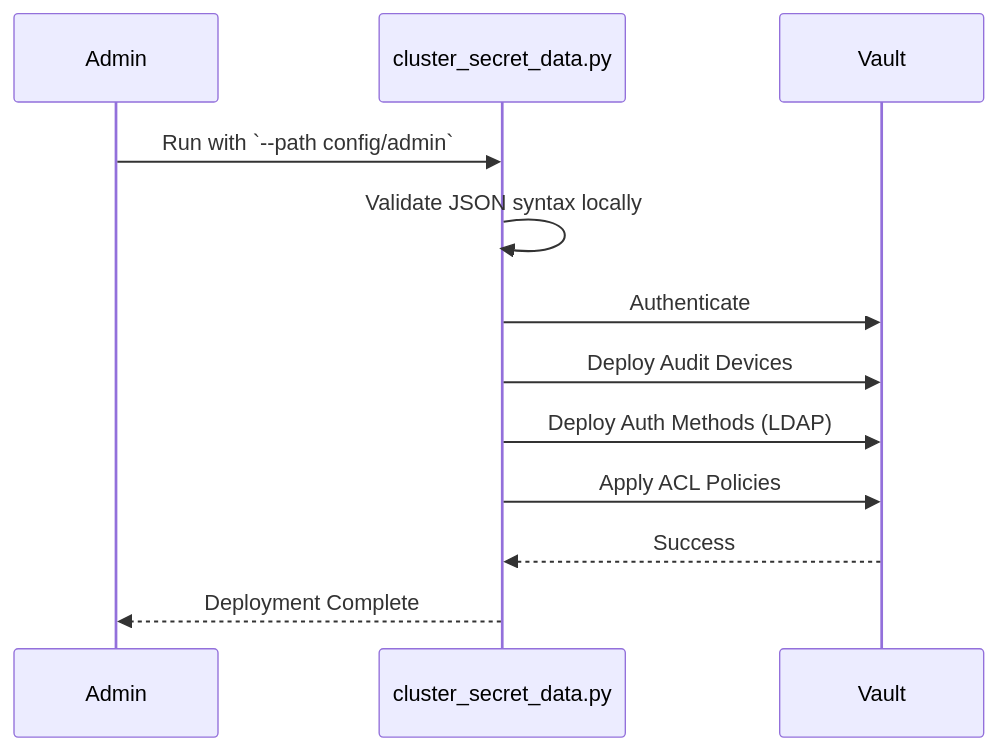
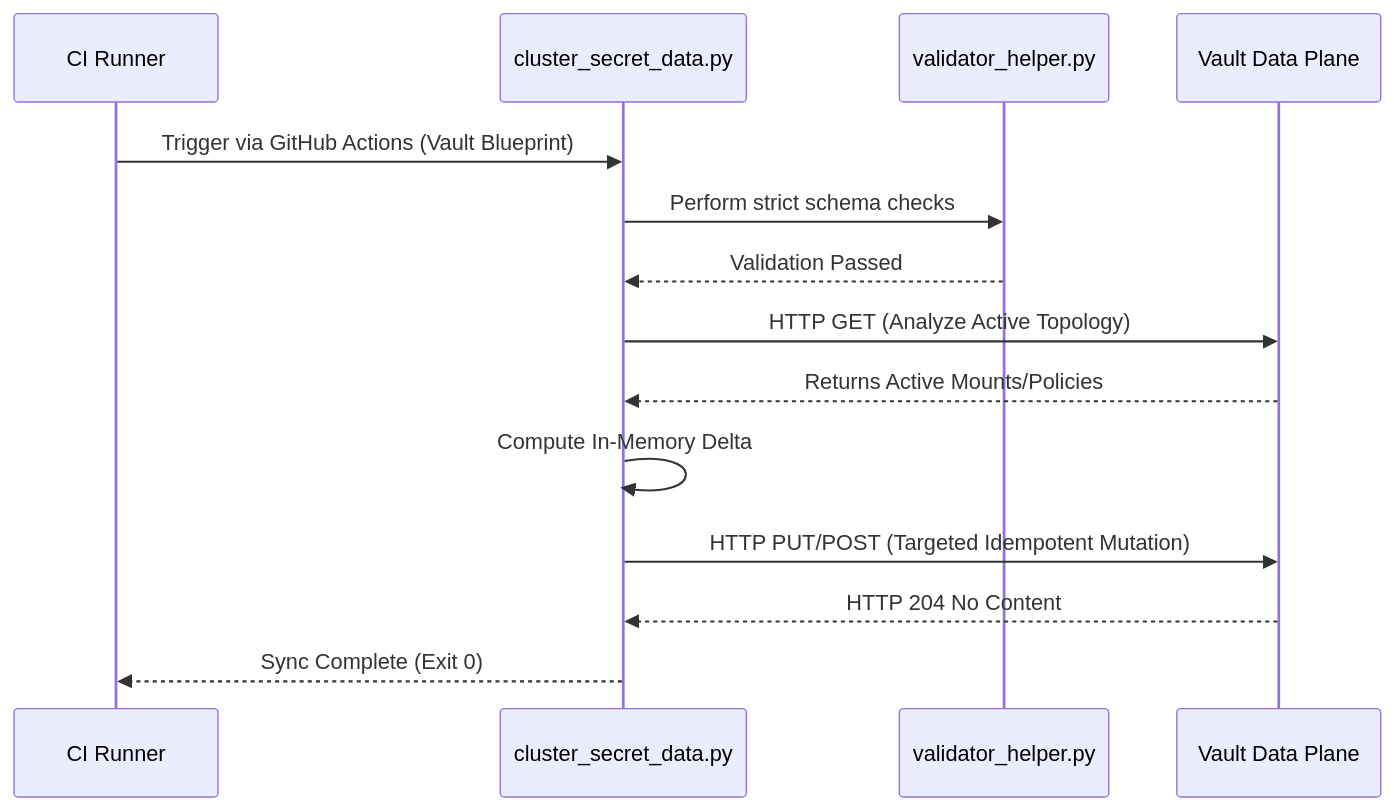
Before and after one commit to rb1whitney/agentic-project-factory: the diagram in projects/vault/docs/02_ADMIN_GUIDE.md, drawn with Mermaid. The commit also changed other lines of this file and 4 other files, not shown here.

Commit message:
docs(vault): Reintegrate Smart Brevity framework content across documentation suite

````diff
--- a/projects/vault/docs/02_ADMIN_GUIDE.md
+++ b/projects/vault/docs/02_ADMIN_GUIDE.md
@@ -25,15 +160,17 @@
 ```mermaid
 sequenceDiagram
-    participant Admin
+    participant Pipeline as CI Runner
     participant Script as cluster_secret_data.py
-    participant Vault
+    participant Helper as validator_helper.py
+    participant API as Vault Data Plane
     
-    Admin->>Script: Run with `--path config/admin`
-    Script->>Script: Validate JSON syntax locally
-    Script->>Vault: Authenticate
-    Script->>Vault: Deploy Audit Devices
-    Script->>Vault: Deploy Auth Methods (LDAP)
-    Script->>Vault: Apply ACL Policies
-    Vault-->>Script: Success
-    Script-->>Admin: Deployment Complete
+    Pipeline->>Script: Trigger via GitHub Actions (Vault Blueprint)
+    Script->>Helper: Perform strict schema checks
+    Helper-->>Script: Validation Passed
+    Script->>API: HTTP GET (Analyze Active Topology)
+    API-->>Script: Returns Active Mounts/Policies
+    Script->>Script: Compute In-Memory Delta
+    Script->>API: HTTP PUT/POST (Targeted Idempotent Mutation)
+    API-->>Script: HTTP 204 No Content
+    Script-->>Pipeline: Sync Complete (Exit 0)
 ```
````
